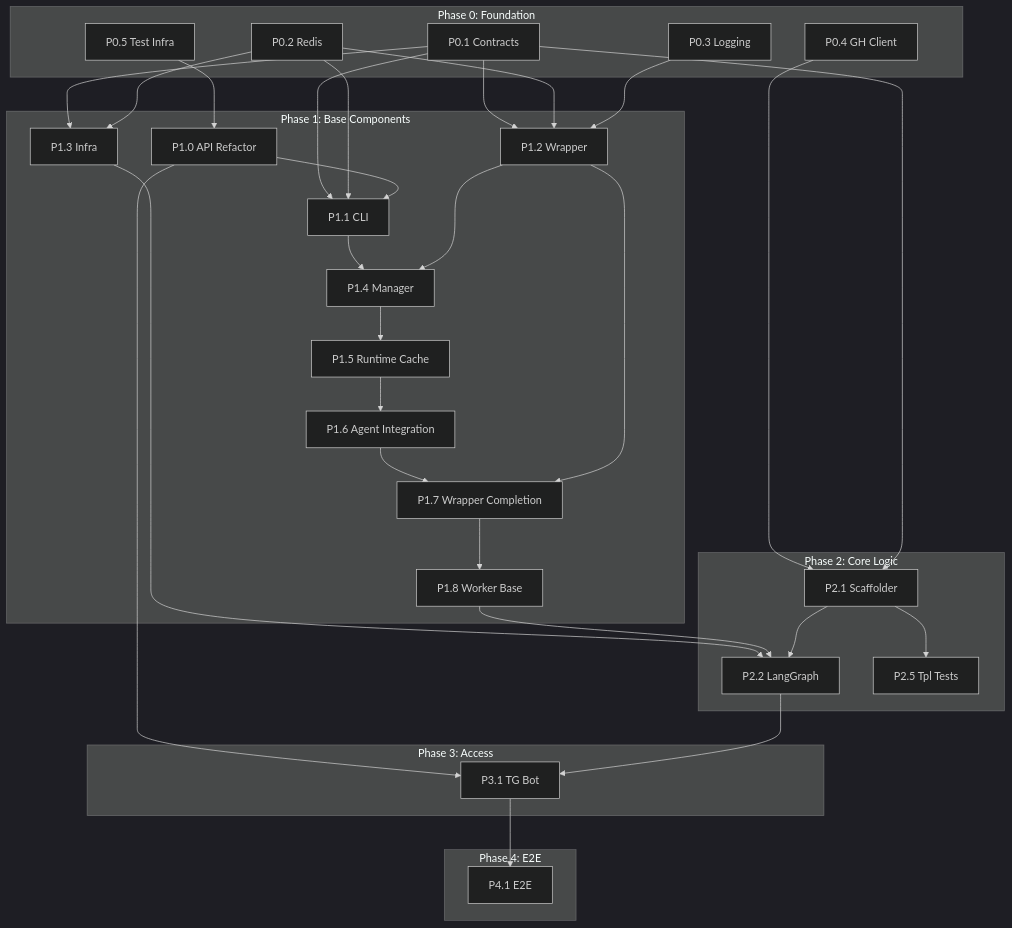
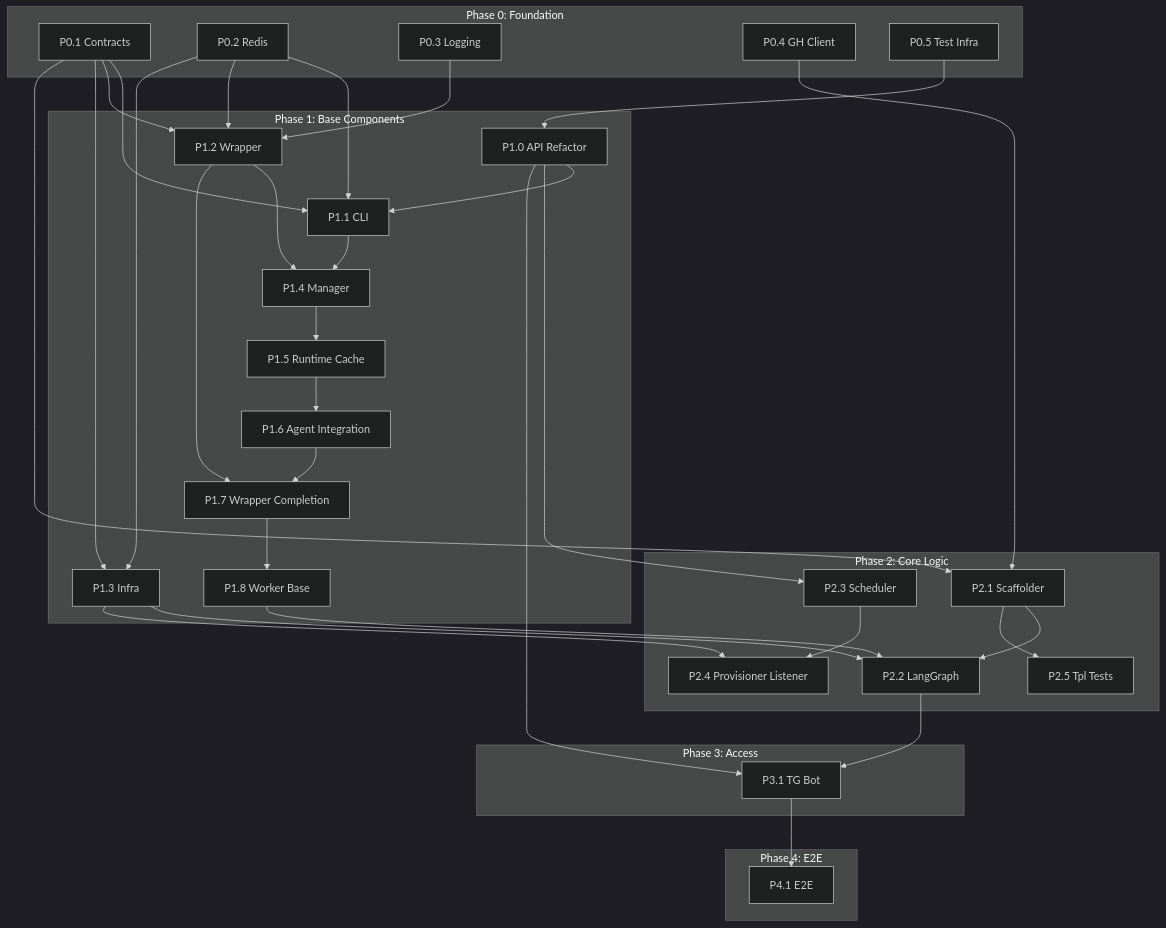
The diagram in docs/new_architecture/MIGRATION_PLAN.md (vladmesh/codegen_orchestrator), drawn with Mermaid (dark theme) before and after one commit. The commit also changed other lines of this file, not shown here.

First line of the commit message:
docs: add P2.3 Scheduler Refactoring and P2.4 Provisioner Result Listener to Phase 2

````diff
--- a/docs/new_architecture/MIGRATION_PLAN.md
+++ b/docs/new_architecture/MIGRATION_PLAN.md
@@ -21,74 +21,81 @@
 ```mermaid
 flowchart TB
     subgraph Phase0["Phase 0: Foundation"]
         P0_1[P0.1 Contracts]
         P0_2[P0.2 Redis]
         P0_3[P0.3 Logging]
         P0_4[P0.4 GH Client]
         P0_5[P0.5 Test Infra]
     end
 
     subgraph Phase1["Phase 1: Base Components"]
         P1_0[P1.0 API Refactor]
         P1_1[P1.1 CLI]
         P1_2[P1.2 Wrapper]
         P1_3[P1.3 Infra]
         P1_4[P1.4 Manager]
         P1_5[P1.5 Runtime Cache]
         P1_6[P1.6 Agent Integration]
         P1_7[P1.7 Wrapper Completion]
         P1_8[P1.8 Worker Base]
     end
 
     subgraph Phase2["Phase 2: Core Logic"]
         P2_1[P2.1 Scaffolder]
         P2_2[P2.2 LangGraph]
+        P2_3[P2.3 Scheduler]
+        P2_4[P2.4 Provisioner Listener]
         P2_5[P2.5 Tpl Tests]
     end
 
     subgraph Phase3["Phase 3: Access"]
         P3_1[P3.1 TG Bot]
     end
 
     subgraph Phase4["Phase 4: E2E"]
         P4_1[P4.1 E2E]
     end
 
     %% Phase 1 Dependencies
     P0_5 --> P1_0
     
     P0_1 --> P1_1
     P0_2 --> P1_1
     P1_0 --> P1_1
 
     P0_1 --> P1_2
     P0_2 --> P1_2
     P0_3 --> P1_2
 
     P0_1 --> P1_3
     P0_2 --> P1_3
 
     P1_1 --> P1_4
     P1_2 --> P1_4
     P1_4 --> P1_5
     P1_5 --> P1_6
     P1_6 --> P1_7
     P1_2 --> P1_7
     P1_7 --> P1_8
 
     %% Phase 2 Dependencies
     P0_4 --> P2_1
     P0_1 --> P2_1
 
     P1_3 --> P2_2
     P1_8 --> P2_2
     P2_1 --> P2_2
     P2_1 --> P2_5
 
+    %% Scheduler dependencies
+    P1_0 --> P2_3
+    P2_3 --> P2_4
+    P1_3 --> P2_4
+
     %% Phase 3 Dependencies
     P1_0 --> P3_1
     P2_2 --> P3_1
 
     %% Phase 4 Dependencies
     P3_1 --> P4_1
 ```
````
